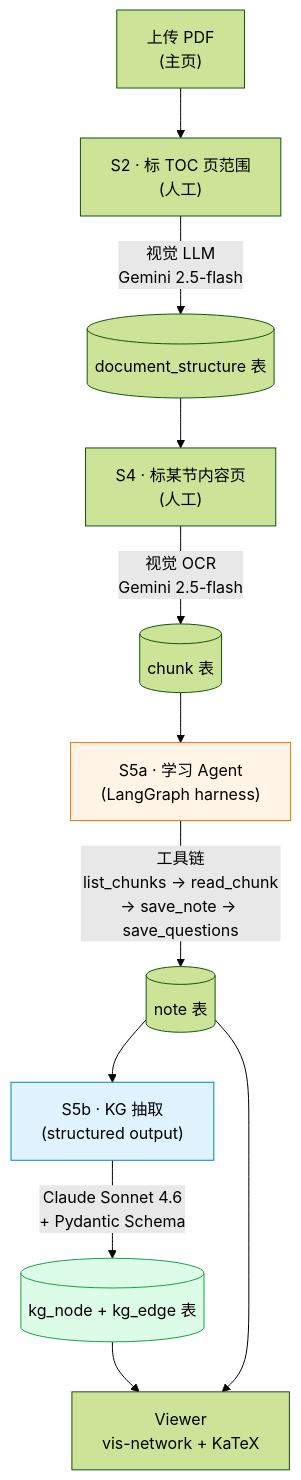
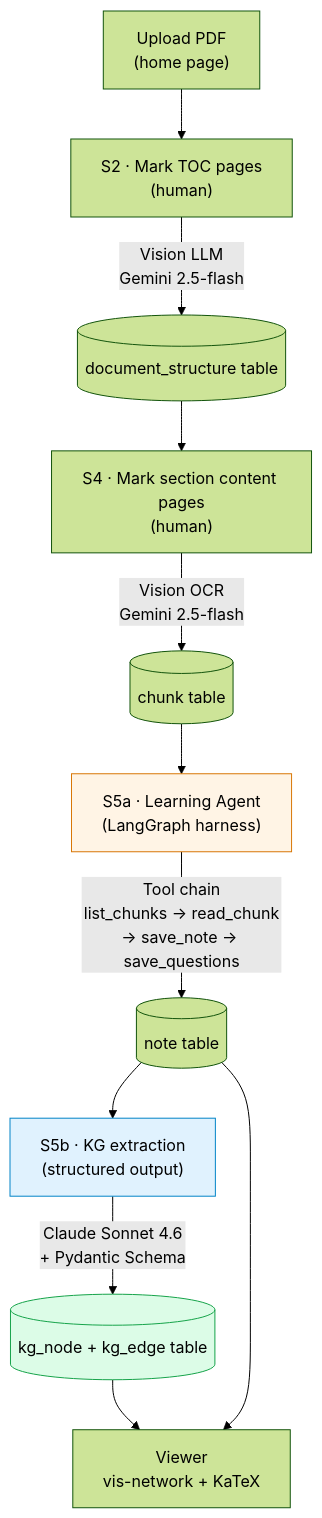
The diagram in README.md (liutaotongxue/self_study_system), drawn with Mermaid (forest theme) before and after one commit. The commit also changed other lines of this file, not shown here.

````diff
--- a/README.md
+++ b/README.md
@@ -10,17 +12,17 @@
 ```mermaid
 flowchart TD
-    Upload["上传 PDF<br/>(主页)"] --> S2["S2 · 标 TOC 页范围<br/>(人工)"]
-    S2 -->|"视觉 LLM<br/>Gemini 2.5-flash"| Struct[("document_structure 表")]
-    Struct --> S4["S4 · 标某节内容页<br/>(人工)"]
-    S4 -->|"视觉 OCR<br/>Gemini 2.5-flash"| Chunks[("chunk 表")]
-    Chunks --> S5a["S5a · 学习 Agent<br/>(LangGraph harness)"]
-    S5a -->|"工具链<br/>list_chunks → read_chunk<br/>→ save_note → save_questions"| Notes[("note 表")]
-    Notes --> S5b["S5b · KG 抽取<br/>(structured output)"]
-    S5b -->|"Claude Sonnet 4.6<br/>+ Pydantic Schema"| KG[("kg_node + kg_edge 表")]
+    Upload["Upload PDF<br/>(home page)"] --> S2["S2 · Mark TOC pages<br/>(human)"]
+    S2 -->|"Vision LLM<br/>Gemini 2.5-flash"| Struct[("document_structure table")]
+    Struct --> S4["S4 · Mark section content pages<br/>(human)"]
+    S4 -->|"Vision OCR<br/>Gemini 2.5-flash"| Chunks[("chunk table")]
+    Chunks --> S5a["S5a · Learning Agent<br/>(LangGraph harness)"]
+    S5a -->|"Tool chain<br/>list_chunks → read_chunk<br/>→ save_note → save_questions"| Notes[("note table")]
+    Notes --> S5b["S5b · KG extraction<br/>(structured output)"]
+    S5b -->|"Claude Sonnet 4.6<br/>+ Pydantic Schema"| KG[("kg_node + kg_edge table")]
     KG --> Viewer["Viewer<br/>vis-network + KaTeX"]
     Notes --> Viewer
 
     style S5a fill:#FFF4E5,stroke:#D97706
     style S5b fill:#E0F2FE,stroke:#0284C7
     style KG fill:#DCFCE7,stroke:#16A34A
 ```
````
